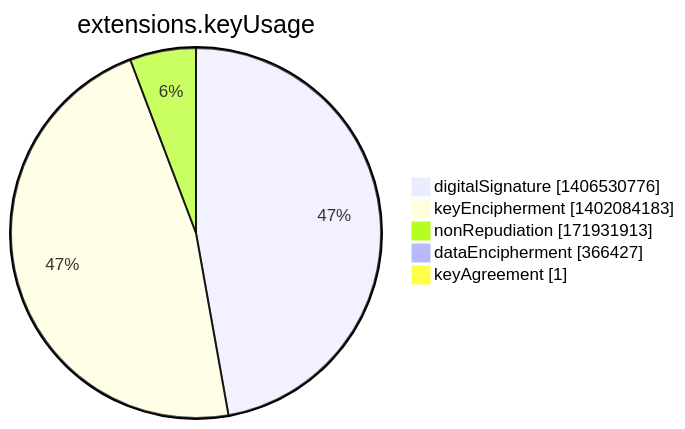
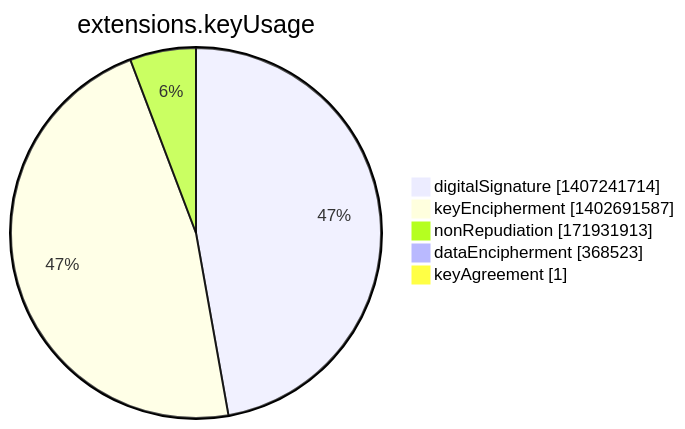
The seventh of 15 diagrams in argon2022/README.md (christiankrug/ctmonitor_visualization), drawn with Mermaid before and after one commit. The commit also changed other lines of this file, not shown here.

````diff
--- a/argon2022/README.md
+++ b/argon2022/README.md
@@ -2751,9 +2751,9 @@
 ```mermaid
 pie showData
 title extensions.keyUsage
-"digitalSignature" :1406530776
-"keyEncipherment" :1402084183
+"digitalSignature" :1407241714
+"keyEncipherment" :1402691587
 "nonRepudiation" :171931913
-"dataEncipherment" :366427
+"dataEncipherment" :368523
 "keyAgreement" :1
 ```
````
